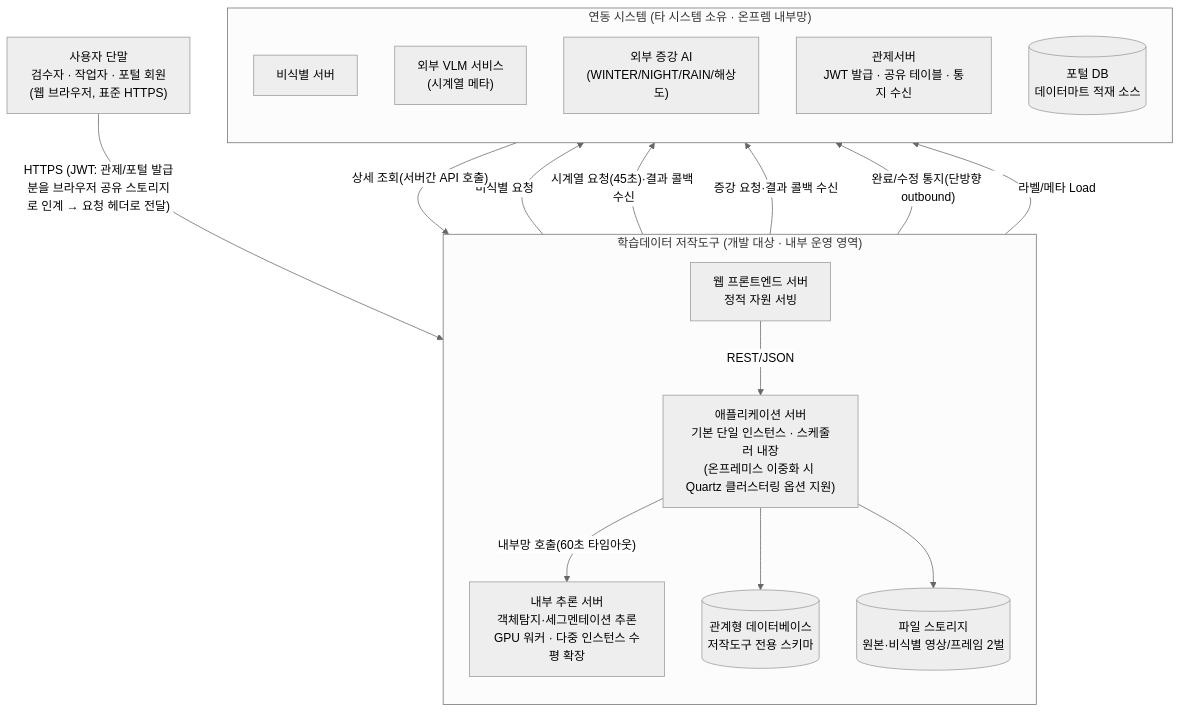
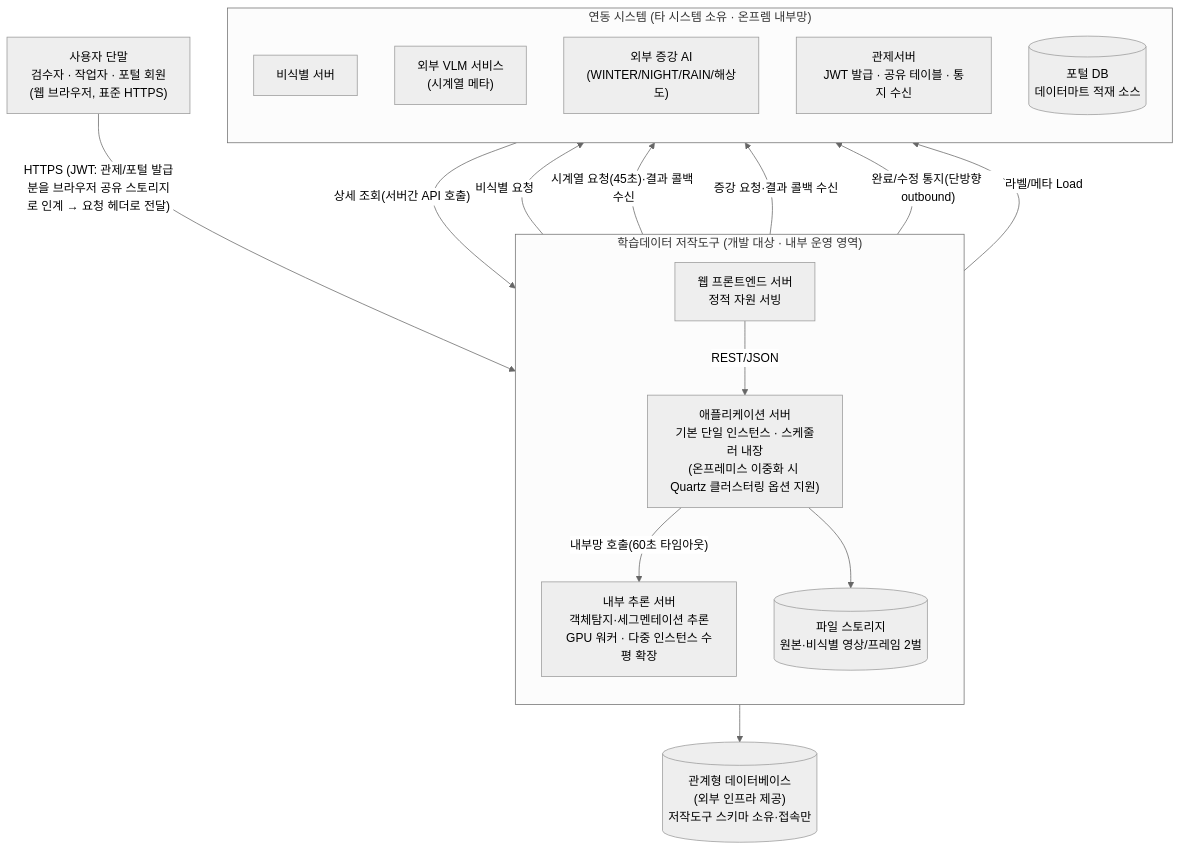
One commit to New-stella/klid-label changed the second of 8 diagrams in docs/design/D5-아키텍처설계서-Rev2.md. Above: the diagram before and after it, drawn with Mermaid (neutral theme). The commit also changed other lines of this file and 4 other files, not shown here.

````diff
--- a/docs/design/D5-아키텍처설계서-Rev2.md
+++ b/docs/design/D5-아키텍처설계서-Rev2.md
@@ -90,34 +91,35 @@
 ```mermaid
 flowchart TB
     USER["사용자 단말<br/>검수자 · 작업자 · 포털 회원<br/>(웹 브라우저, 표준 HTTPS)"]
 
     subgraph SYS["학습데이터 저작도구 (개발 대상 · 내부 운영 영역)"]
         direction TB
         WEB["웹 프론트엔드 서버<br/>정적 자원 서빙"]
         APP["애플리케이션 서버<br/>기본 단일 인스턴스 · 스케줄러 내장<br/>(온프레미스 이중화 시 Quartz 클러스터링 옵션 지원)"]
         AISRV["내부 추론 서버<br/>객체탐지·세그멘테이션 추론<br/>GPU 워커 · 다중 인스턴스 수평 확장"]
-        DB[("관계형 데이터베이스<br/>저작도구 전용 스키마")]
         STORE[("파일 스토리지<br/>원본·비식별 영상/프레임 2벌")]
     end
+
+    DB[("관계형 데이터베이스<br/>(외부 인프라 제공)<br/>저작도구 스키마 소유·접속만")]
 
     subgraph EXT["연동 시스템 (타 시스템 소유 · 온프렘 내부망)"]
         direction TB
         DEID["비식별 서버"]
         VLM["외부 VLM 서비스<br/>(시계열 메타)"]
         AUG["외부 증강 AI<br/>(WINTER/NIGHT/RAIN/해상도)"]
         CTRL["관제서버<br/>JWT 발급 · 공유 테이블 · 통지 수신"]
         PORTAL[("포털 DB<br/>데이터마트 적재 소스")]
     end
 
     USER -->|"HTTPS (JWT: 관제/포털 발급분을 브라우저 공유 스토리지로 인계 → 요청 헤더로 전달)"| WEB
     WEB -->|"REST/JSON"| APP
     APP -->|"내부망 호출(60초 타임아웃)"| AISRV
     APP --> DB
     APP --> STORE
     APP -->|"비식별 요청"| DEID
     APP -->|"시계열 요청(45초)·결과 콜백 수신"| VLM
     APP -->|"증강 요청·결과 콜백 수신"| AUG
     APP -->|"완료/수정 통지(단방향 outbound)"| CTRL
     CTRL -->|"상세 조회(서버간 API 호출)"| APP
     APP -->|"라벨/메타 Load"| PORTAL
 ```
````
